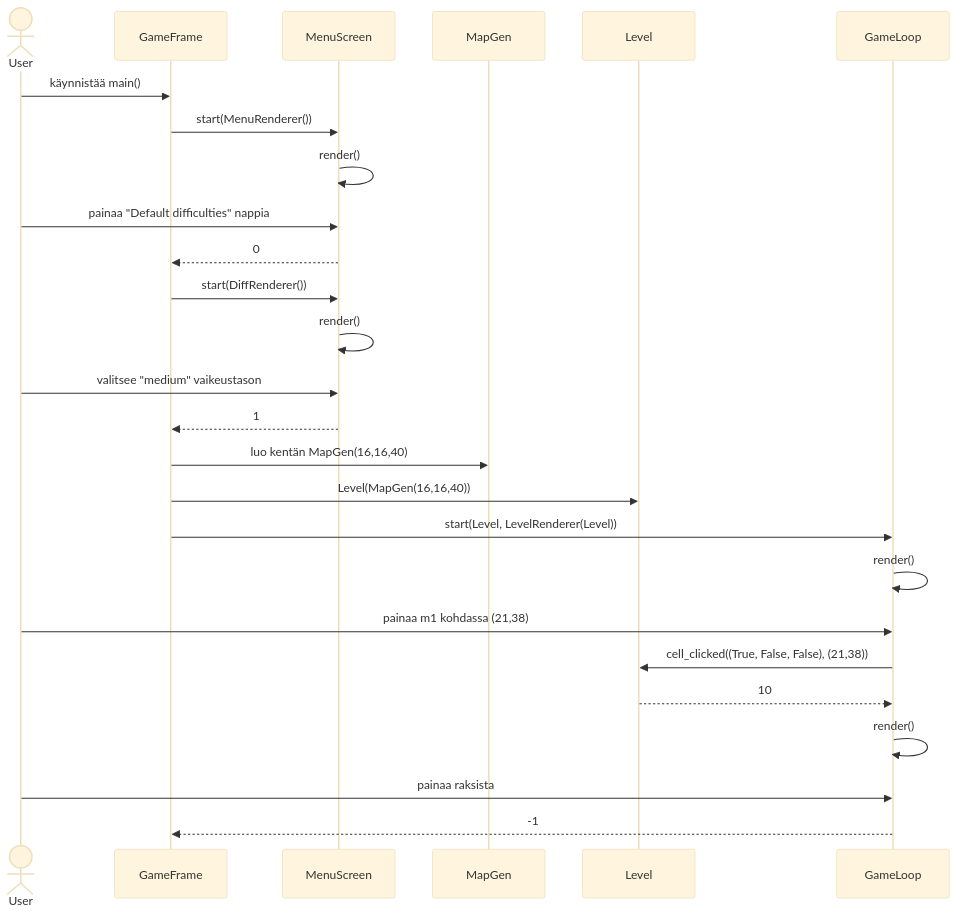
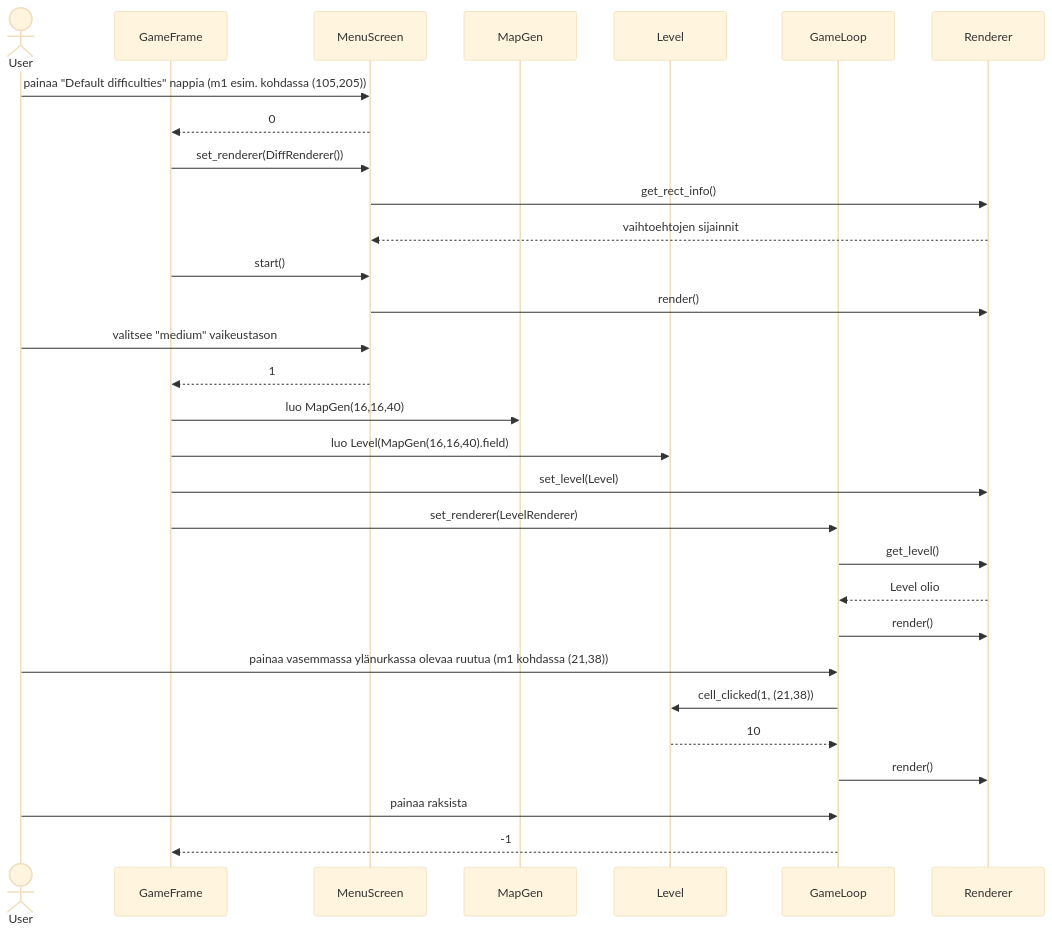
One commit to Hempppa/ot-harjoitustyot changed the fourth of 6 diagrams in dokumentaatio/arkkitehtuuri.md. Above: the diagram before and after it, drawn with Mermaid (base theme). The commit also changed other lines of this file, not shown here.

````diff
--- a/dokumentaatio/arkkitehtuuri.md
+++ b/dokumentaatio/arkkitehtuuri.md
@@ -80,28 +136,32 @@
 ```mermaid
 sequenceDiagram
   actor User
   participant GameFrame
   participant MenuScreen
   participant MapGen
   participant Level
   participant GameLoop
-  User->>GameFrame: käynnistää main()
-  GameFrame->>MenuScreen: start(MenuRenderer())
-  MenuScreen->>MenuScreen: render()
-  User->>MenuScreen: painaa "Default difficulties" nappia
+  participant Renderer
+  User->>MenuScreen: painaa "Default difficulties" nappia (m1 esim. kohdassa (105,205))
   MenuScreen-->>GameFrame: 0
-  GameFrame->>MenuScreen: start(DiffRenderer())
-  MenuScreen->>MenuScreen: render()
-  User->>MenuScreen: valitsee "medium" vaikeustason
+  GameFrame->>MenuScreen: set_renderer(DiffRenderer())
+  MenuScreen->>Renderer: get_rect_info()
+  Renderer-->>MenuScreen: vaihtoehtojen sijainnit
+  GameFrame->>MenuScreen: start()
+  MenuScreen->>Renderer: render()
+  User->>MenuScreen: valitsee "medium" vaikeustason 
   MenuScreen-->>GameFrame: 1
-  GameFrame->>MapGen: luo kentän MapGen(16,16,40)
-  GameFrame->>Level: Level(MapGen(16,16,40))
-  GameFrame->>GameLoop: start(Level, LevelRenderer(Level))
-  GameLoop->>GameLoop: render()
-  User->>GameLoop: painaa m1 kohdassa (21,38)
-  GameLoop->>Level: cell_clicked((True, False, False), (21,38)) 
+  GameFrame->>MapGen: luo MapGen(16,16,40)
+  GameFrame->>Level: luo Level(MapGen(16,16,40).field)
+  GameFrame->>Renderer: set_level(Level)
+  GameFrame->>GameLoop: set_renderer(LevelRenderer)
+  GameLoop->>Renderer: get_level()
+  Renderer-->>GameLoop: Level olio
+  GameLoop->>Renderer: render()
+  User->>GameLoop: painaa vasemmassa ylänurkassa olevaa ruutua (m1 kohdassa (21,38))
+  GameLoop->>Level: cell_clicked(1, (21,38)) 
   Level-->>GameLoop: 10
-  GameLoop->>GameLoop: render()
+  GameLoop->>Renderer: render()
   User->>GameLoop: painaa raksista
   GameLoop-->>GameFrame: -1
 ```
````
